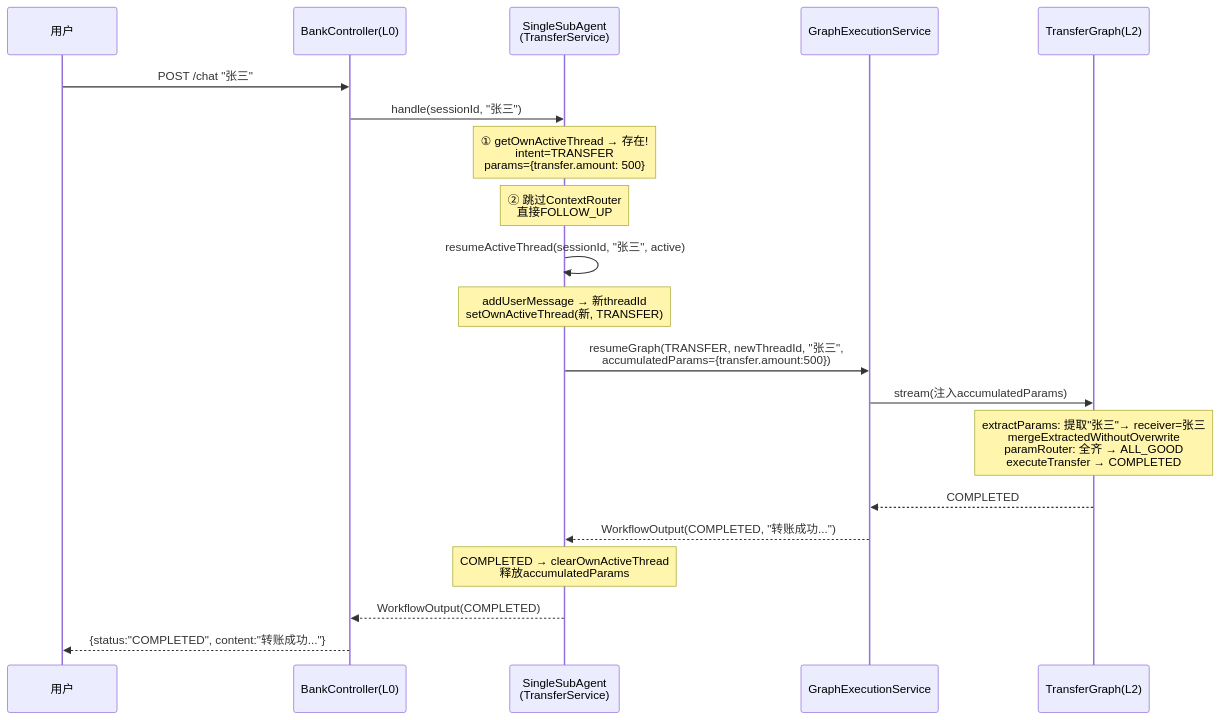
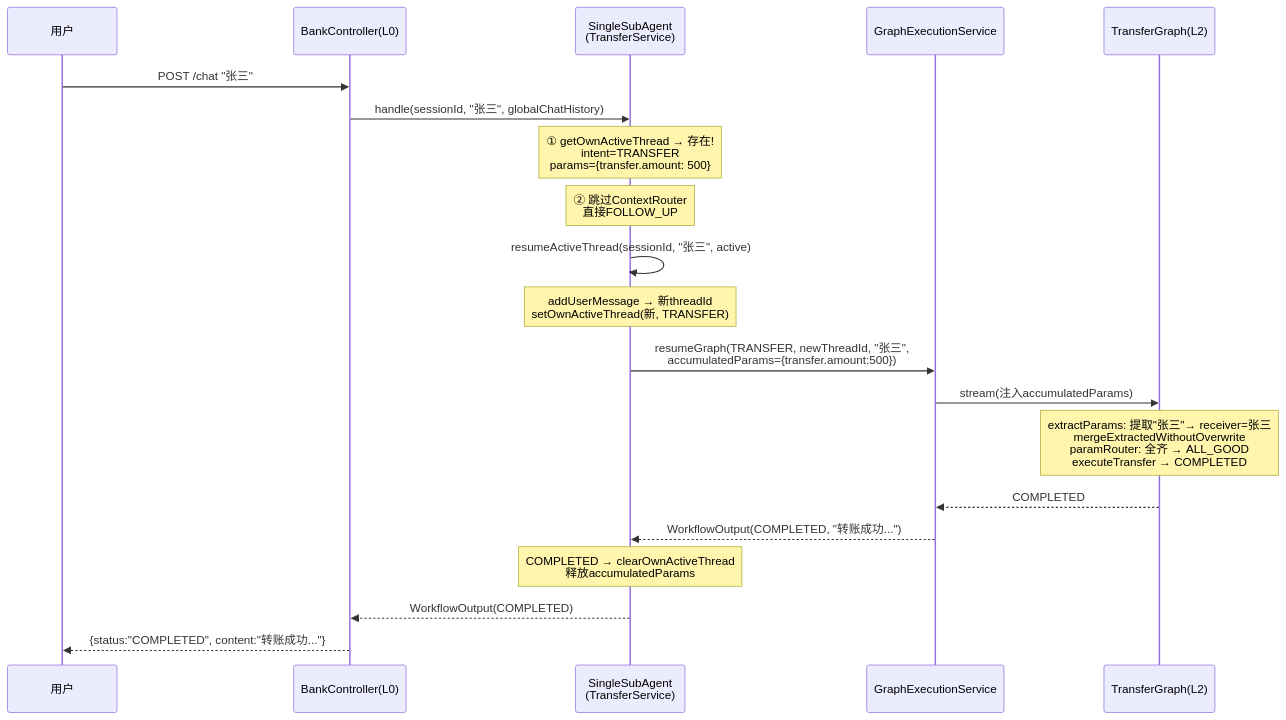
The sixth of 18 diagrams in ARCHITECTURE-FULL.md (michael-lin-45/mobile-ai-bank-demo---workbuddy), drawn with Mermaid before and after one commit. The commit also changed other lines of this file and 15 other files, not shown here.

````diff
--- a/ARCHITECTURE-FULL.md
+++ b/ARCHITECTURE-FULL.md
@@ -487,26 +494,26 @@
 ```mermaid
 sequenceDiagram
     participant U as 用户
     participant BC as BankController(L0)
     participant SSAD as SingleSubAgent<br/>(TransferService)
     participant GES as GraphExecutionService
     participant TG as TransferGraph(L2)
 
     U->>BC: POST /chat "张三"
-    BC->>SSAD: handle(sessionId, "张三")
+    BC->>SSAD: handle(sessionId, "张三", globalChatHistory)
     
     Note over SSAD: ① getOwnActiveThread → 存在!<br/>intent=TRANSFER<br/>params={transfer.amount: 500}
     Note over SSAD: ② 跳过ContextRouter<br/>直接FOLLOW_UP
     
     SSAD->>SSAD: resumeActiveThread(sessionId, "张三", active)
     Note over SSAD: addUserMessage → 新threadId<br/>setOwnActiveThread(新, TRANSFER)
     SSAD->>GES: resumeGraph(TRANSFER, newThreadId, "张三",<br/>accumulatedParams={transfer.amount:500})
     GES->>TG: stream(注入accumulatedParams)
     Note over TG: extractParams: 提取"张三"→ receiver=张三<br/>mergeExtractedWithoutOverwrite<br/>paramRouter: 全齐 → ALL_GOOD<br/>executeTransfer → COMPLETED
     TG-->>GES: COMPLETED
     GES-->>SSAD: WorkflowOutput(COMPLETED, "转账成功...")
     
     Note over SSAD: COMPLETED → clearOwnActiveThread<br/>释放accumulatedParams
     SSAD-->>BC: WorkflowOutput(COMPLETED)
     BC-->>U: {status:"COMPLETED", content:"转账成功..."}
 ```
````
